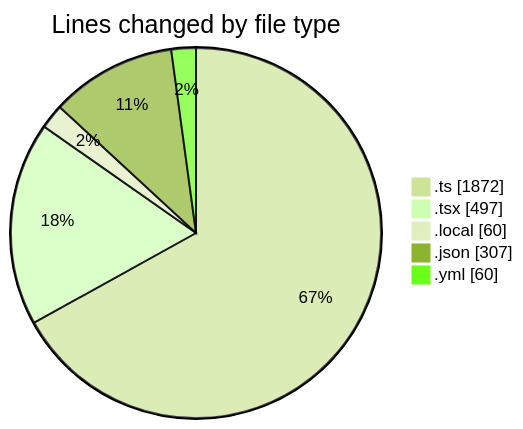
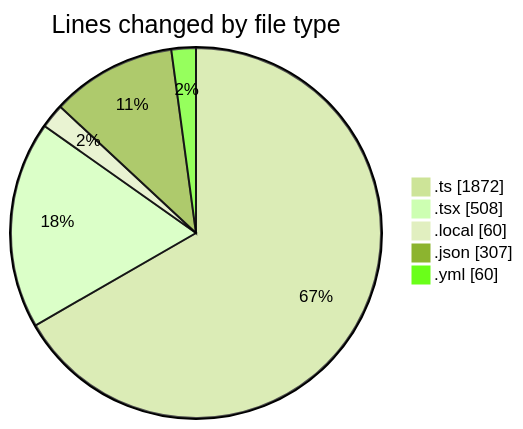
The first of 2 diagrams in 2025-11-26/eventscop-frontend-guide__workspace_/README.md (julien-gomy/code-tracking), drawn with Mermaid (forest theme) before and after one commit. The commit also changed other lines of this file and 1 other file, not shown here.

````diff
--- a/2025-11-26/eventscop-frontend-guide__workspace_/README.md
+++ b/2025-11-26/eventscop-frontend-guide__workspace_/README.md
@@ -31,9 +32,9 @@
 ```mermaid
 pie showData
 title Lines changed by file type
 ".ts" : 1872
-".tsx" : 497
+".tsx" : 508
 ".local" : 60
 ".json" : 307
 ".yml" : 60
 ```
````
